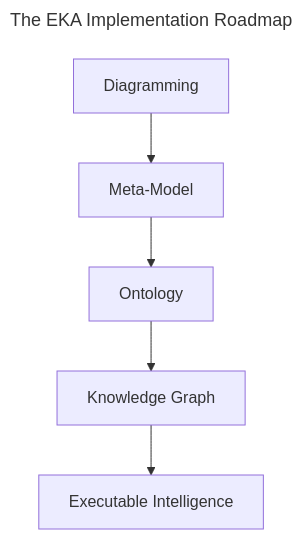
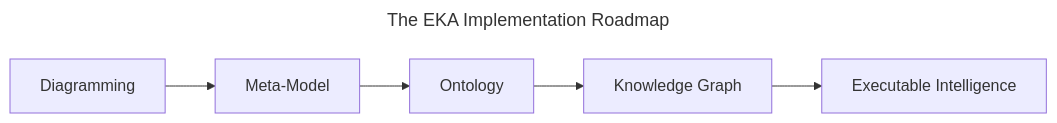
Before and after one commit to yasenstar/protege_pizza: the diagram in ebook/README.md, drawn with Mermaid. The commit also changed other lines of this file and 1 other file, not shown here.

Commit message:
initial chapter 00 to define EKA, write till 0.4

````diff
--- a/ebook/README.md
+++ b/ebook/README.md
@@ -156,7 +157,7 @@
 ```mermaid
 ---
 title: The EKA Implementation Roadmap
 ---
-flowchart TD
+flowchart LR
 A[Diagramming] --> B[Meta-Model] --> C[Ontology] --> D[Knowledge Graph] --> E[Executable Intelligence]
 ```
````
